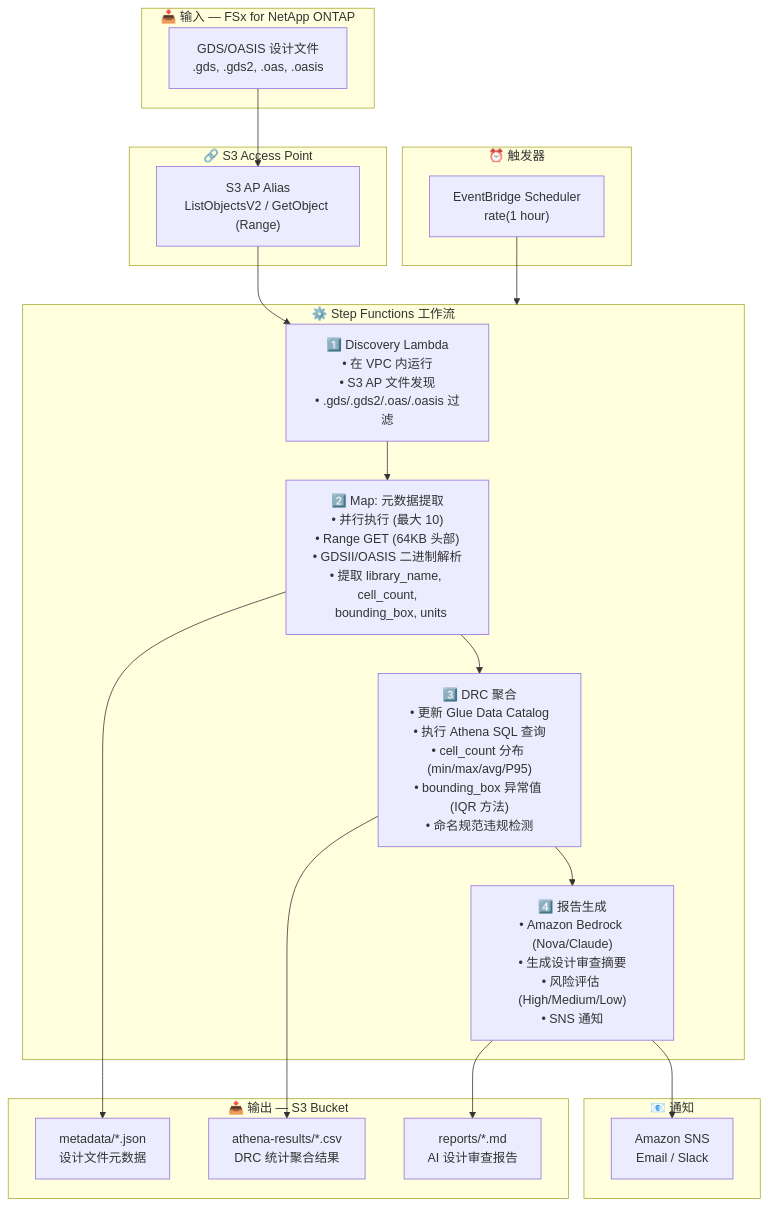
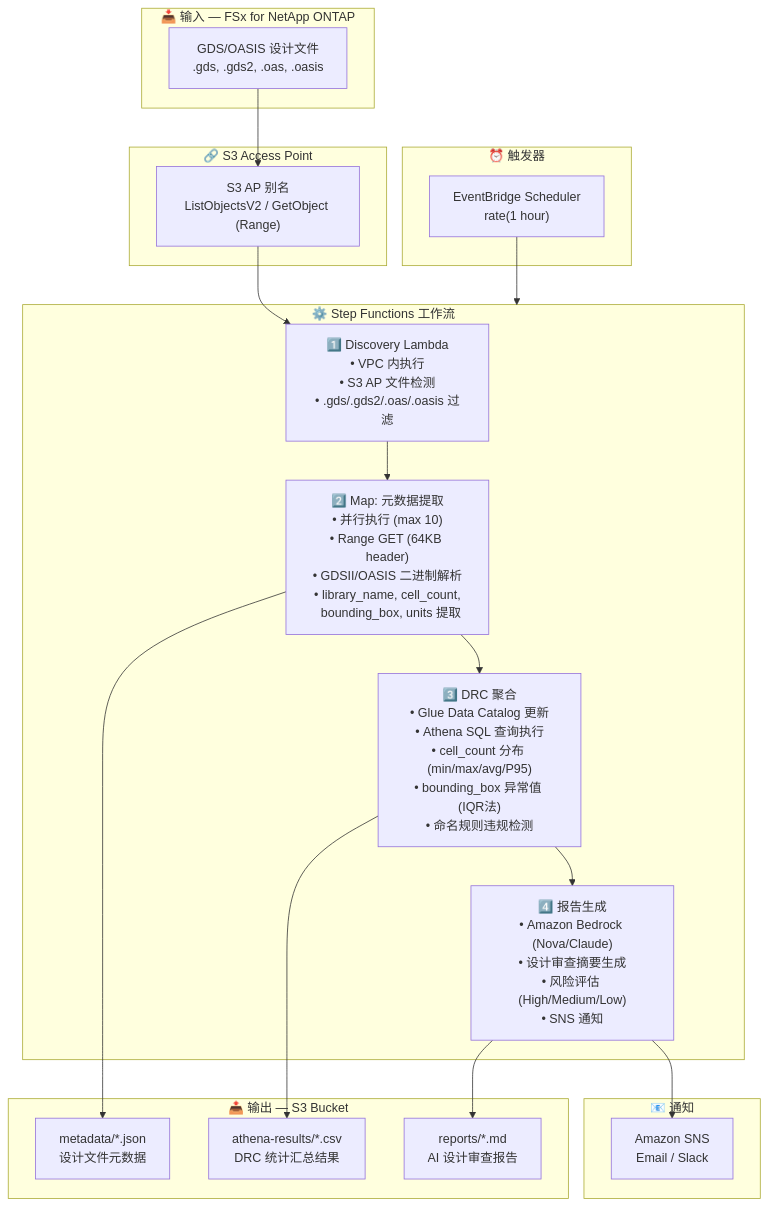
The diagram in semiconductor-eda/docs/architecture.zh-CN.md (Yoshiki0705/FSx-for-ONTAP-S3AccessPoints-Serverless-Patterns), drawn with Mermaid before and after one commit. The commit also changed other lines of this file and 54 other files, not shown here.

````diff
--- a/semiconductor-eda/docs/architecture.zh-CN.md
+++ b/semiconductor-eda/docs/architecture.zh-CN.md
@@ -11,42 +13,42 @@
 ```mermaid
 flowchart TB
     subgraph INPUT["📥 输入 — FSx for NetApp ONTAP"]
         GDS["GDS/OASIS 设计文件<br/>.gds, .gds2, .oas, .oasis"]
     end
 
     subgraph S3AP["🔗 S3 Access Point"]
-        ALIAS["S3 AP Alias<br/>ListObjectsV2 / GetObject (Range)"]
+        ALIAS["S3 AP 别名<br/>ListObjectsV2 / GetObject (Range)"]
     end
 
     subgraph TRIGGER["⏰ 触发器"]
         EB["EventBridge Scheduler<br/>rate(1 hour)"]
     end
 
     subgraph SFN["⚙️ Step Functions 工作流"]
-        DISC["1️⃣ Discovery Lambda<br/>• 在 VPC 内运行<br/>• S3 AP 文件发现<br/>• .gds/.gds2/.oas/.oasis 过滤"]
-        MAP["2️⃣ Map: 元数据提取<br/>• 并行执行 (最大 10)<br/>• Range GET (64KB 头部)<br/>• GDSII/OASIS 二进制解析<br/>• 提取 library_name, cell_count,<br/>  bounding_box, units"]
-        DRC["3️⃣ DRC 聚合<br/>• 更新 Glue Data Catalog<br/>• 执行 Athena SQL 查询<br/>• cell_count 分布 (min/max/avg/P95)<br/>• bounding_box 异常值 (IQR 方法)<br/>• 命名规范违规检测"]
-        RPT["4️⃣ 报告生成<br/>• Amazon Bedrock (Nova/Claude)<br/>• 生成设计审查摘要<br/>• 风险评估 (High/Medium/Low)<br/>• SNS 通知"]
+        DISC["1️⃣ Discovery Lambda<br/>• VPC 内执行<br/>• S3 AP 文件检测<br/>• .gds/.gds2/.oas/.oasis 过滤"]
+        MAP["2️⃣ Map: 元数据提取<br/>• 并行执行 (max 10)<br/>• Range GET (64KB header)<br/>• GDSII/OASIS 二进制解析<br/>• library_name, cell_count,<br/>  bounding_box, units 提取"]
+        DRC["3️⃣ DRC 聚合<br/>• Glue Data Catalog 更新<br/>• Athena SQL 查询执行<br/>• cell_count 分布 (min/max/avg/P95)<br/>• bounding_box 异常值 (IQR法)<br/>• 命名规则违规检测"]
+        RPT["4️⃣ 报告生成<br/>• Amazon Bedrock (Nova/Claude)<br/>• 设计审查摘要生成<br/>• 风险评估 (High/Medium/Low)<br/>• SNS 通知"]
     end
 
     subgraph OUTPUT["📤 输出 — S3 Bucket"]
         META["metadata/*.json<br/>设计文件元数据"]
-        ATHENA["athena-results/*.csv<br/>DRC 统计聚合结果"]
+        ATHENA["athena-results/*.csv<br/>DRC 统计汇总结果"]
         REPORT["reports/*.md<br/>AI 设计审查报告"]
     end
 
     subgraph NOTIFY["📧 通知"]
         SNS["Amazon SNS<br/>Email / Slack"]
     end
 
     GDS --> ALIAS
     ALIAS --> DISC
     EB --> SFN
     DISC --> MAP
     MAP --> DRC
     DRC --> RPT
     MAP --> META
     DRC --> ATHENA
     RPT --> REPORT
     RPT --> SNS
 ```
````
